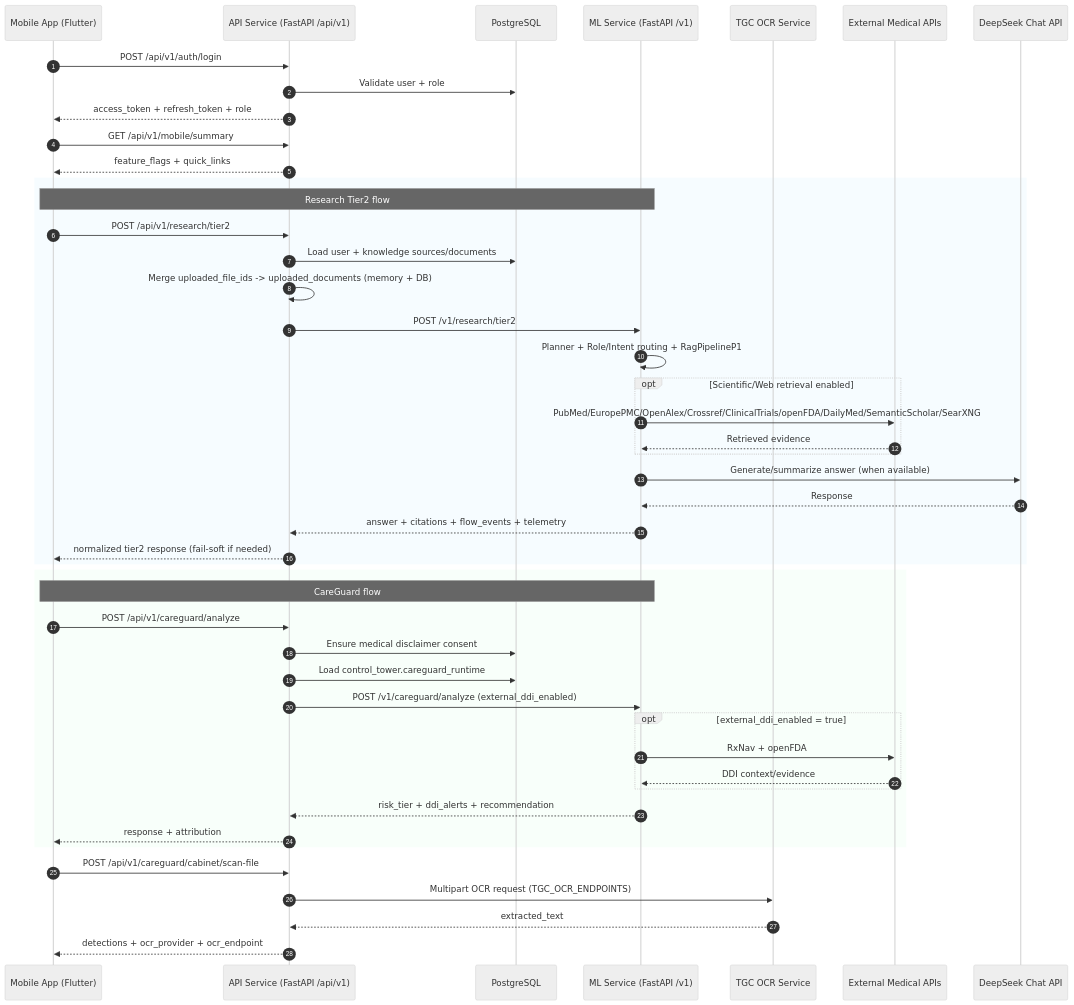
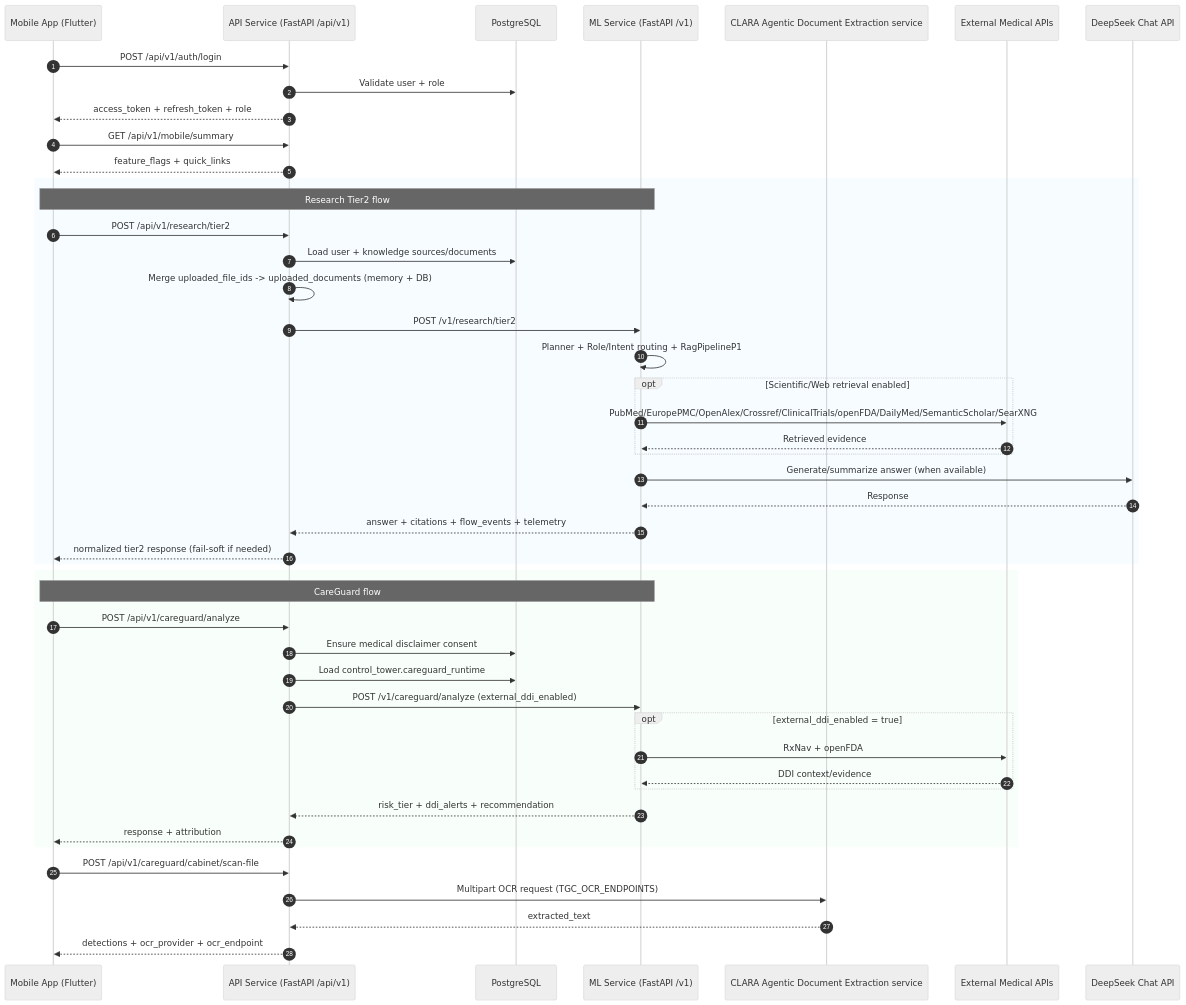
Before and after one commit to Project-CLARA-HBT/CLARA-Care: the first of 2 diagrams in docs/proposal/clara-care-hue19-revised-2026-03-31.md, drawn with Mermaid (neutral theme). The commit also changed other lines of this file, not shown here.

Commit message:
docs(proposal): rename OCR service to CLARA Agentic Document Extraction

````diff
--- a/docs/proposal/clara-care-hue19-revised-2026-03-31.md
+++ b/docs/proposal/clara-care-hue19-revised-2026-03-31.md
@@ -254,54 +254,54 @@
 ```mermaid
 sequenceDiagram
     autonumber
     participant M as Mobile App (Flutter)
     participant A as API Service (FastAPI /api/v1)
     participant DB as PostgreSQL
     participant ML as ML Service (FastAPI /v1)
-    participant OCR as TGC OCR Service
+    participant OCR as CLARA Agentic Document Extraction service
     participant EXT as External Medical APIs
     participant LLM as DeepSeek Chat API
 
     M->>A: POST /api/v1/auth/login
     A->>DB: Validate user + role
     A-->>M: access_token + refresh_token + role
 
     M->>A: GET /api/v1/mobile/summary
     A-->>M: feature_flags + quick_links
 
     rect rgba(230,245,255,0.35)
     Note over M,ML: Research Tier2 flow
     M->>A: POST /api/v1/research/tier2
     A->>DB: Load user + knowledge sources/documents
     A->>A: Merge uploaded_file_ids -> uploaded_documents (memory + DB)
     A->>ML: POST /v1/research/tier2
     ML->>ML: Planner + Role/Intent routing + RagPipelineP1
     opt Scientific/Web retrieval enabled
         ML->>EXT: PubMed/EuropePMC/OpenAlex/Crossref/ClinicalTrials/openFDA/DailyMed/SemanticScholar/SearXNG
         EXT-->>ML: Retrieved evidence
     end
     ML->>LLM: Generate/summarize answer (when available)
     LLM-->>ML: Response
     ML-->>A: answer + citations + flow_events + telemetry
     A-->>M: normalized tier2 response (fail-soft if needed)
     end
 
     rect rgba(235,255,240,0.35)
     Note over M,ML: CareGuard flow
     M->>A: POST /api/v1/careguard/analyze
     A->>DB: Ensure medical disclaimer consent
     A->>DB: Load control_tower.careguard_runtime
     A->>ML: POST /v1/careguard/analyze (external_ddi_enabled)
     opt external_ddi_enabled = true
         ML->>EXT: RxNav + openFDA
         EXT-->>ML: DDI context/evidence
     end
     ML-->>A: risk_tier + ddi_alerts + recommendation
     A-->>M: response + attribution
     end
 
     M->>A: POST /api/v1/careguard/cabinet/scan-file
     A->>OCR: Multipart OCR request (TGC_OCR_ENDPOINTS)
     OCR-->>A: extracted_text
     A-->>M: detections + ocr_provider + ocr_endpoint
 ```
````
